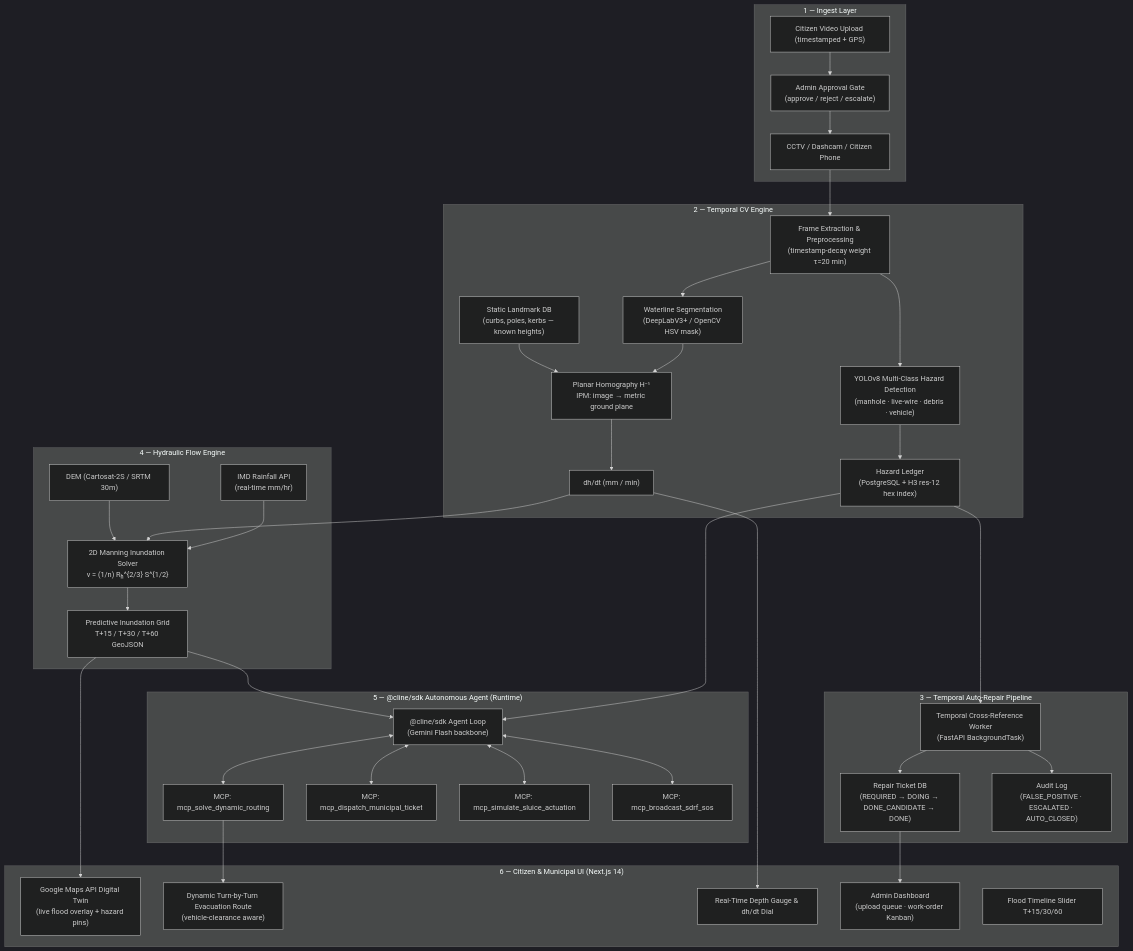
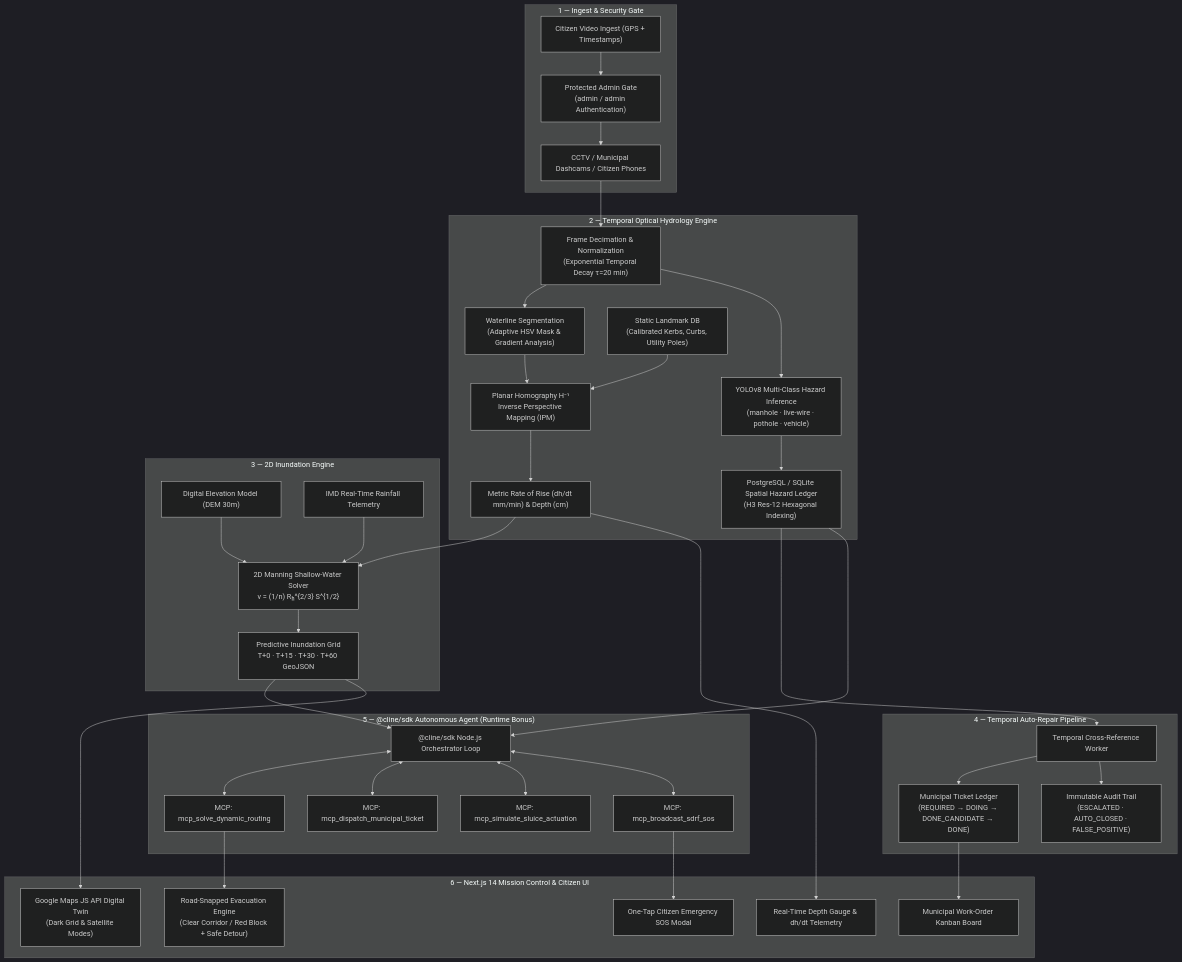
Before and after one commit to RsbhThakur/jal-sentinel: the diagram in README.md, drawn with Mermaid (dark theme). The commit also changed other lines of this file, not shown here.

````diff
--- a/README.md
+++ b/README.md
@@ -46,58 +47,60 @@
 ```mermaid
 flowchart TB
-    subgraph Ingest ["1 — Ingest Layer"]
-        CAM["CCTV / Dashcam / Citizen Phone"]
-        UPLOAD["Citizen Video Upload (timestamped + GPS)"]
-        ADMIN_GATE["Admin Approval Gate\n(approve / reject / escalate)"]
+    subgraph Ingestion ["1 — Ingest & Security Gate"]
+        CAM["CCTV / Municipal Dashcams / Citizen Phones"]
+        UPLOAD["Citizen Video Ingest (GPS + Timestamps)"]
+        ADMIN_GATE["Protected Admin Gate\n(admin / admin Authentication)"]
         UPLOAD --> ADMIN_GATE --> CAM
     end
 
-    subgraph VisionPipeline ["2 — Temporal CV Engine"]
-        CAM --> FRAME["Frame Extraction & Preprocessing\n(timestamp-decay weight τ=20 min)"]
-        FRAME --> WATER_SEG["Waterline Segmentation\n(DeepLabV3+ / OpenCV HSV mask)"]
-        FRAME --> YOLO["YOLOv8 Multi-Class Hazard Detection\n(manhole · live-wire · debris · vehicle)"]
-        LANDMARKS["Static Landmark DB\n(curbs, poles, kerbs — known heights)"] --> HOMOGRAPHY
-        WATER_SEG --> HOMOGRAPHY["Planar Homography H⁻¹\nIPM: image → metric ground plane"]
-        HOMOGRAPHY --> DH_DT["dh/dt  (mm / min)"]
-        YOLO --> HAZARD_DB["Hazard Ledger\n(PostgreSQL + H3 res-12 hex index)"]
+    subgraph VisionPipeline ["2 — Temporal Optical Hydrology Engine"]
+        CAM --> FRAME["Frame Decimation & Normalization\n(Exponential Temporal Decay τ=20 min)"]
+        FRAME --> WATER_SEG["Waterline Segmentation\n(Adaptive HSV Mask & Gradient Analysis)"]
+        FRAME --> YOLO["YOLOv8 Multi-Class Hazard Inference\n(manhole · live-wire · pothole · vehicle)"]
+        LANDMARKS["Static Landmark DB\n(Calibrated Kerbs, Curbs, Utility Poles)"] --> HOMOGRAPHY
+        WATER_SEG --> HOMOGRAPHY["Planar Homography H⁻¹\nInverse Perspective Mapping (IPM)"]
+        HOMOGRAPHY --> DHDT["Metric Rate of Rise (dh/dt mm/min) & Depth (cm)"]
+        YOLO --> HAZARD_DB["PostgreSQL / SQLite Spatial Hazard Ledger\n(H3 Res-12 Hexagonal Indexing)"]
     end
 
-    subgraph AutoRepair ["3 — Temporal Auto-Repair Pipeline"]
-        HAZARD_DB --> TEMPORAL["Temporal Cross-Reference Worker\n(FastAPI BackgroundTask)"]
-        TEMPORAL --> TICKET_DB["Repair Ticket DB\n(REQUIRED → DOING → DONE_CANDIDATE → DONE)"]
-        TEMPORAL --> AUDIT_LOG["Audit Log\n(FALSE_POSITIVE · ESCALATED · AUTO_CLOSED)"]
+    subgraph HydraulicSolver ["3 — 2D Inundation Engine"]
+        DEM["Digital Elevation Model (DEM 30m)"] --> MANNING["2D Manning Shallow-Water Solver\nv = (1/n) Rₕ^{2/3} S^{1/2}"]
+        DHDT --> MANNING
+        IMD["IMD Real-Time Rainfall Telemetry"] --> MANNING
+        MANNING --> PREDICTIONS["Predictive Inundation Grid\nT+0 · T+15 · T+30 · T+60 GeoJSON"]
     end
 
-    subgraph HydrologyEngine ["4 — Hydraulic Flow Engine"]
-        DEM_DATA["DEM (Cartosat-2S / SRTM 30m)"] --> MANNING["2D Manning Inundation Solver\nv = (1/n) Rₕ^{2/3} S^{1/2}"]
-        DH_DT --> MANNING
-        IMD_API["IMD Rainfall API\n(real-time mm/hr)"] --> MANNING
-        MANNING --> FLOOD_MAP["Predictive Inundation Grid\nT+15 / T+30 / T+60 GeoJSON"]
+    subgraph AutoRepair ["4 — Temporal Auto-Repair Pipeline"]
+        HAZARD_DB --> TEMPORAL["Temporal Cross-Reference Worker"]
+        TEMPORAL --> TICKETS["Municipal Ticket Ledger\n(REQUIRED → DOING → DONE_CANDIDATE → DONE)"]
+        TEMPORAL --> AUDIT["Immutable Audit Trail\n(ESCALATED · AUTO_CLOSED · FALSE_POSITIVE)"]
     end
 
-    subgraph ClineOrchestrator ["5 — @cline/sdk Autonomous Agent (Runtime)"]
-        CLINE_LOOP["@cline/sdk Agent Loop\n(Gemini Flash backbone)"]
+    subgraph ClineRuntime ["5 — @cline/sdk Autonomous Agent (Runtime Bonus)"]
+        AGENT_LOOP["@cline/sdk Node.js Orchestrator Loop"]
         MCP1["MCP: mcp_solve_dynamic_routing"]
         MCP2["MCP: mcp_dispatch_municipal_ticket"]
         MCP3["MCP: mcp_simulate_sluice_actuation"]
         MCP4["MCP: mcp_broadcast_sdrf_sos"]
-        FLOOD_MAP --> CLINE_LOOP
-        HAZARD_DB --> CLINE_LOOP
-        CLINE_LOOP <--> MCP1
-        CLINE_LOOP <--> MCP2
-        CLINE_LOOP <--> MCP3
-        CLINE_LOOP <--> MCP4
+        PREDICTIONS --> AGENT_LOOP
+        HAZARD_DB --> AGENT_LOOP
+        AGENT_LOOP <--> MCP1
+        AGENT_LOOP <--> MCP2
+        AGENT_LOOP <--> MCP3
+        AGENT_LOOP <--> MCP4
     end
 
-    subgraph ClientLayer ["6 — Citizen & Municipal UI (Next.js 14)"]
-        MAP_UI["Google Maps API Digital Twin\n(live flood overlay + hazard pins)"]
-        ROUTING_UI["Dynamic Turn-by-Turn Evacuation Route\n(vehicle-clearance aware)"]
-        TELEMETRY_UI["Real-Time Depth Gauge & dh/dt Dial"]
-        ADMIN_UI["Admin Dashboard\n(upload queue · work-order Kanban)"]
-        TIMELINE["Flood Timeline Slider T+15/30/60"]
-        MCP1 --> ROUTING_UI
-        FLOOD_MAP --> MAP_UI
-        DH_DT --> TELEMETRY_UI
-        TICKET_DB --> ADMIN_UI
+    subgraph UI ["6 — Next.js 14 Mission Control & Citizen UI"]
+        MAP_UI["Google Maps JS API Digital Twin\n(Dark Grid & Satellite Modes)"]
+        ROUTE_UI["Road-Snapped Evacuation Engine\n(Clear Corridor / Red Block + Safe Detour)"]
+        TELEMETRY_UI["Real-Time Depth Gauge & dh/dt Telemetry"]
+        KANBAN_UI["Municipal Work-Order Kanban Board"]
+        SOS_UI["One-Tap Citizen Emergency SOS Modal"]
+        
+        PREDICTIONS --> MAP_UI
+        MCP1 --> ROUTE_UI
+        DHDT --> TELEMETRY_UI
+        TICKETS --> KANBAN_UI
+        MCP4 --> SOS_UI
     end
 ```
````
